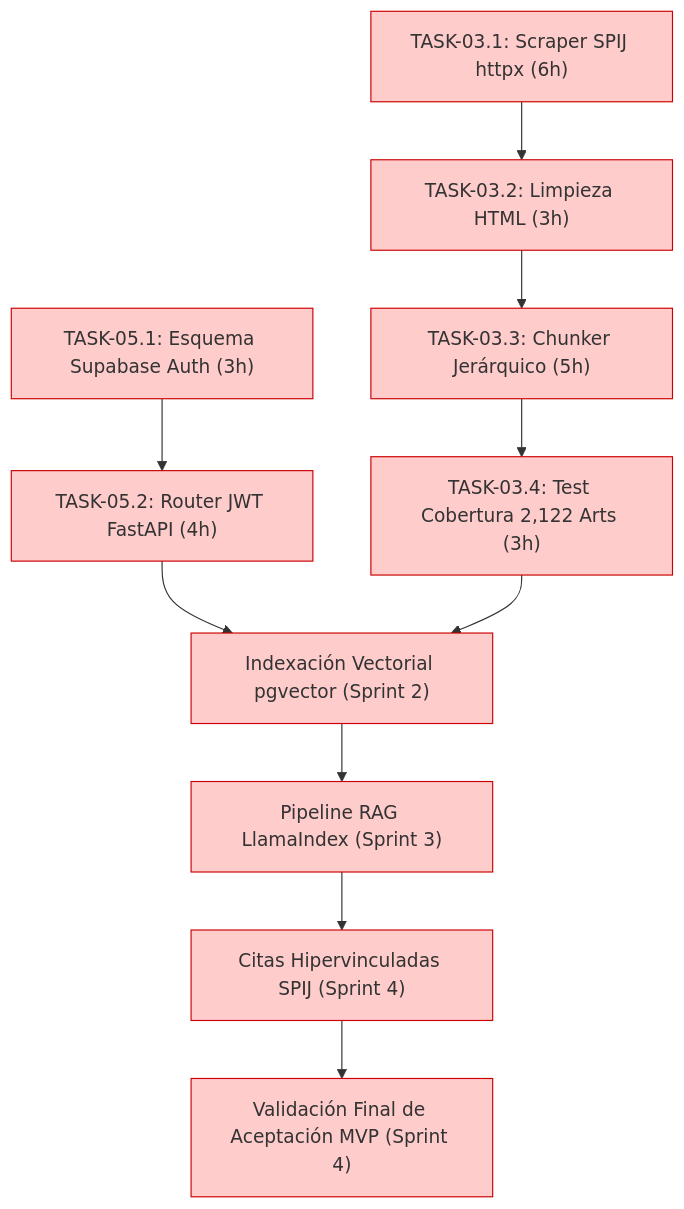
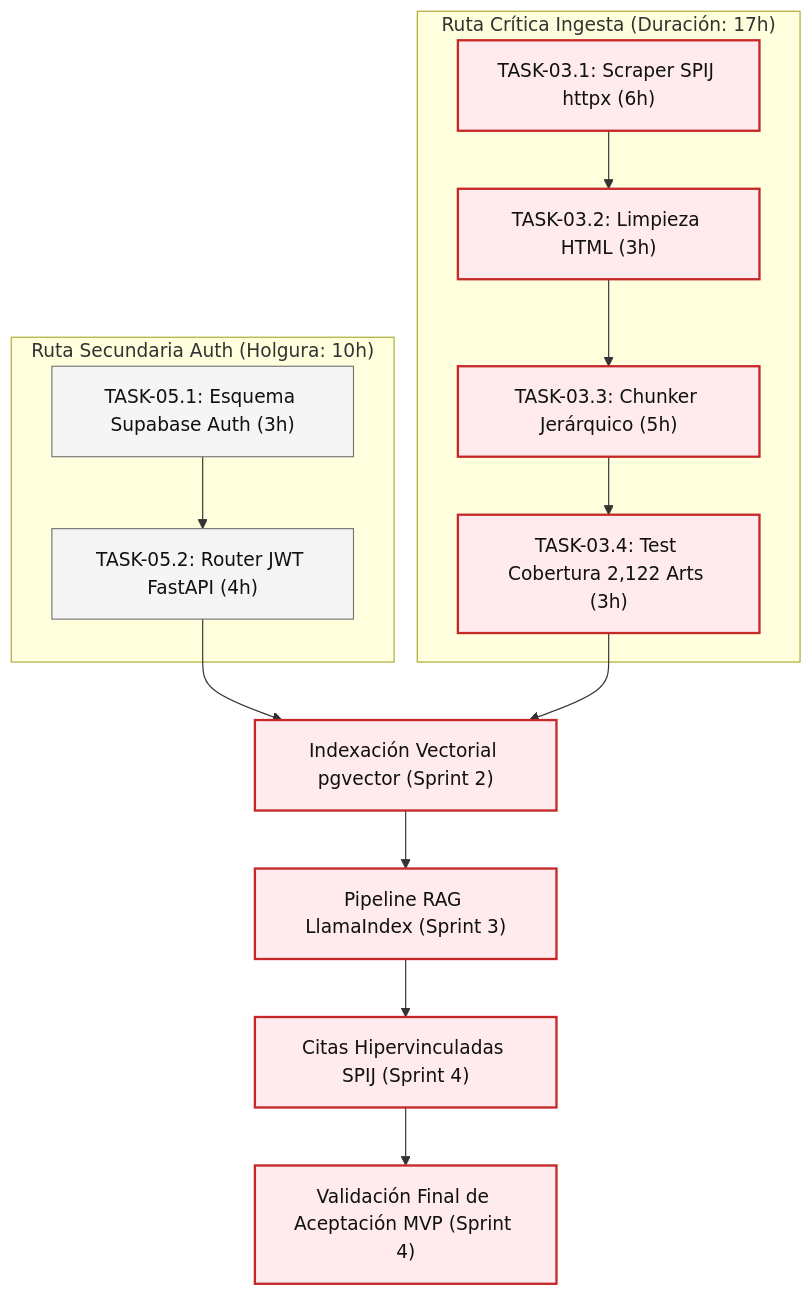
Before and after one commit to jorghee/inti-rag: the second of 2 diagrams in management/01-pmp/01-02-linea-base-cronograma.md, drawn with Mermaid. The commit also changed other lines of this file and 5 other files, not shown here.

Commit message:
fix(docs): sanitize mermaid diagrams for native github rendering

````diff
--- a/management/01-pmp/01-02-linea-base-cronograma.md
+++ b/management/01-pmp/01-02-linea-base-cronograma.md
@@ -61,25 +61,25 @@
 ```mermaid
 flowchart TD
-    A["TASK-05.1: Esquema Supabase Auth (3h)"] --> B["TASK-05.2: Router JWT FastAPI (4h)"]
-    C["TASK-03.1: Scraper SPIJ httpx (6h)"] --> D["TASK-03.2: Limpieza HTML (3h)"]
-    D --> E["TASK-03.3: Chunker Jerárquico (5h)"]
-    E --> F["TASK-03.4: Test Cobertura 2,122 Arts (3h)"]
+    subgraph Secuencia1["Ruta Secundaria Auth (Holgura: 10h)"]
+        A["TASK-05.1: Esquema Supabase Auth (3h)"] --> B["TASK-05.2: Router JWT FastAPI (4h)"]
+    end
+
+    subgraph Secuencia2["Ruta Crítica Ingesta (Duración: 17h)"]
+        C["TASK-03.1: Scraper SPIJ httpx (6h)"] --> D["TASK-03.2: Limpieza HTML (3h)"]
+        D --> E["TASK-03.3: Chunker Jerárquico (5h)"]
+        E --> F["TASK-03.4: Test Cobertura 2,122 Arts (3h)"]
+    end
     
     B --> G["Indexación Vectorial pgvector (Sprint 2)"]
     F --> G
     
     G --> H["Pipeline RAG LlamaIndex (Sprint 3)"]
     H --> I["Citas Hipervinculadas SPIJ (Sprint 4)"]
     I --> J["Validación Final de Aceptación MVP (Sprint 4)"]
 
-    style A fill:#ffcccc,stroke:#cc0000
-    style B fill:#ffcccc,stroke:#cc0000
-    style C fill:#ffcccc,stroke:#cc0000
-    style D fill:#ffcccc,stroke:#cc0000
-    style E fill:#ffcccc,stroke:#cc0000
-    style F fill:#ffcccc,stroke:#cc0000
-    style G fill:#ffcccc,stroke:#cc0000
-    style H fill:#ffcccc,stroke:#cc0000
-    style I fill:#ffcccc,stroke:#cc0000
-    style J fill:#ffcccc,stroke:#cc0000
+    classDef criticalPath fill:#ffebee,stroke:#c62828,stroke-width:2px,color:#111111;
+    classDef standardPath fill:#f5f5f5,stroke:#757575,stroke-width:1px,color:#111111;
+
+    class C,D,E,F,G,H,I,J criticalPath;
+    class A,B standardPath;
 ```
````
